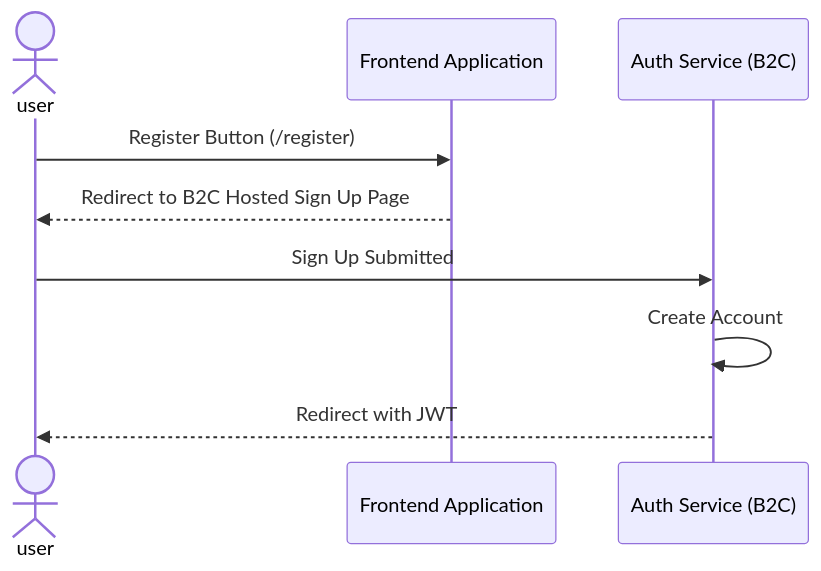
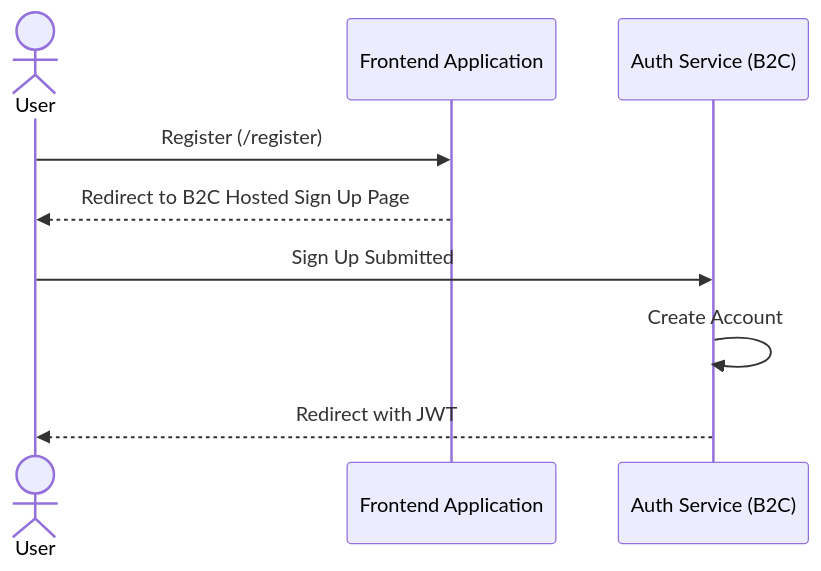
The first of 3 diagrams in docs/azure-saas-docs/content/en/components/Identity/identity-flows.md (Azure/azure-saas), drawn with Mermaid before and after one commit. The commit also changed other lines of this file and 9 other files, not shown here.

````diff
--- a/docs/azure-saas-docs/content/en/components/Identity/identity-flows.md
+++ b/docs/azure-saas-docs/content/en/components/Identity/identity-flows.md
@@ -9,13 +9,13 @@
 ```mermaid
 sequenceDiagram  
-actor user 
+actor user as User 
 participant frontend as Frontend Application
 participant auth as Auth Service (B2C)
 
 
-user->>frontend : Register Button (/register)
+user->>frontend : Register (/register)
 frontend-->>user : Redirect to B2C Hosted Sign Up Page
 user->>auth : Sign Up Submitted
 auth->>auth : Create Account
 auth-->>user : Redirect with JWT
 ```
````
